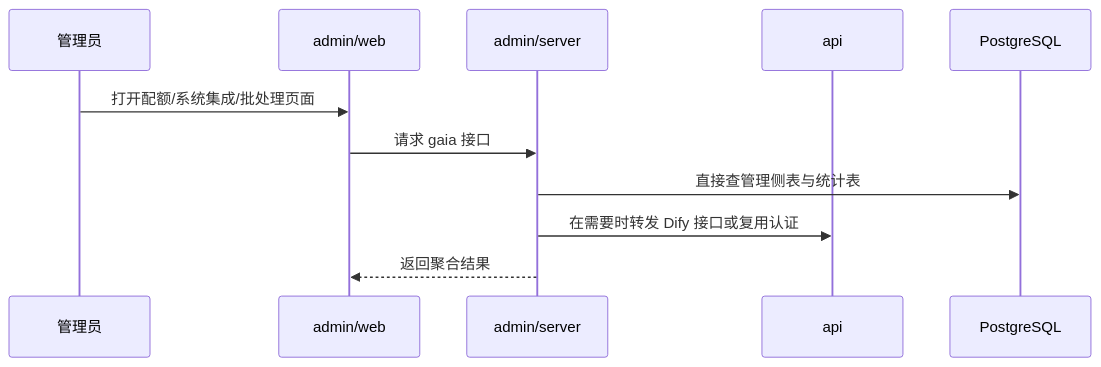
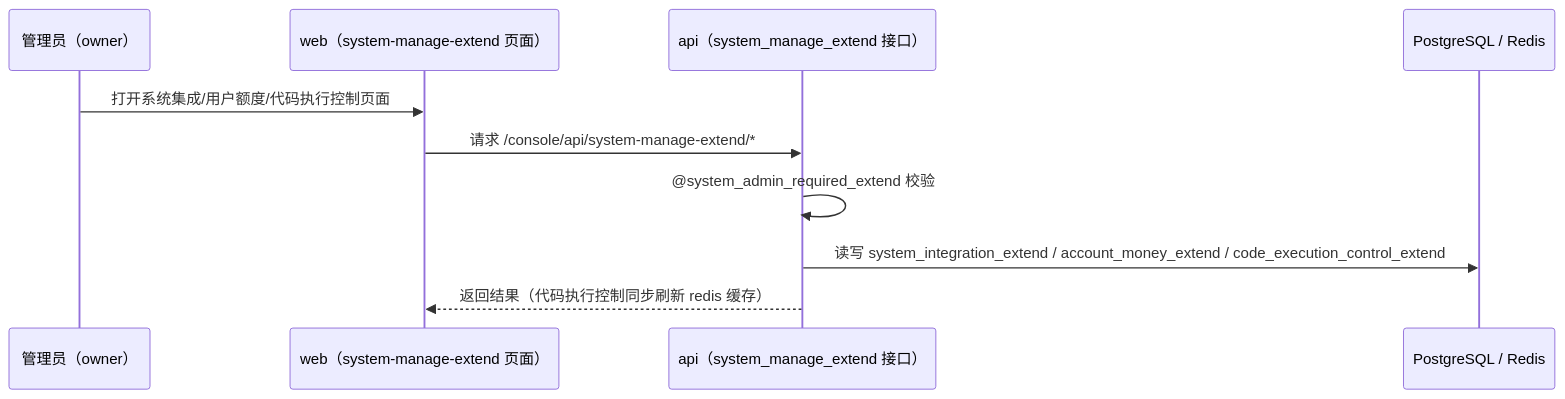
The fourth of 4 diagrams in docs/dify-plus/整体架构图.md (YFGaia/dify-plus), drawn with Mermaid before and after one commit. The commit also changed other lines of this file and 6 other files, not shown here.

````diff
--- a/docs/dify-plus/整体架构图.md
+++ b/docs/dify-plus/整体架构图.md
@@ -119,14 +112,13 @@
 ```mermaid
 sequenceDiagram
-    participant Admin as 管理员
-    participant AdminWeb as admin/web
-    participant AdminAPI as admin/server
-    participant DifyAPI as api
-    participant DB as PostgreSQL
+    participant Admin as 管理员（owner）
+    participant Web as web（system-manage-extend 页面）
+    participant API as api（system_manage_extend 接口）
+    participant DB as PostgreSQL / Redis
 
-    Admin->>AdminWeb: 打开配额/系统集成/批处理页面
-    AdminWeb->>AdminAPI: 请求 gaia 接口
-    AdminAPI->>DB: 直接查管理侧表与统计表
-    AdminAPI->>DifyAPI: 在需要时转发 Dify 接口或复用认证
-    AdminAPI-->>AdminWeb: 返回聚合结果
+    Admin->>Web: 打开系统集成/用户额度/代码执行控制页面
+    Web->>API: 请求 /console/api/system-manage-extend/*
+    API->>API: @system_admin_required_extend 校验
+    API->>DB: 读写 system_integration_extend / account_money_extend / code_execution_control_extend
+    API-->>Web: 返回结果（代码执行控制同步刷新 redis 缓存）
 ```
````
